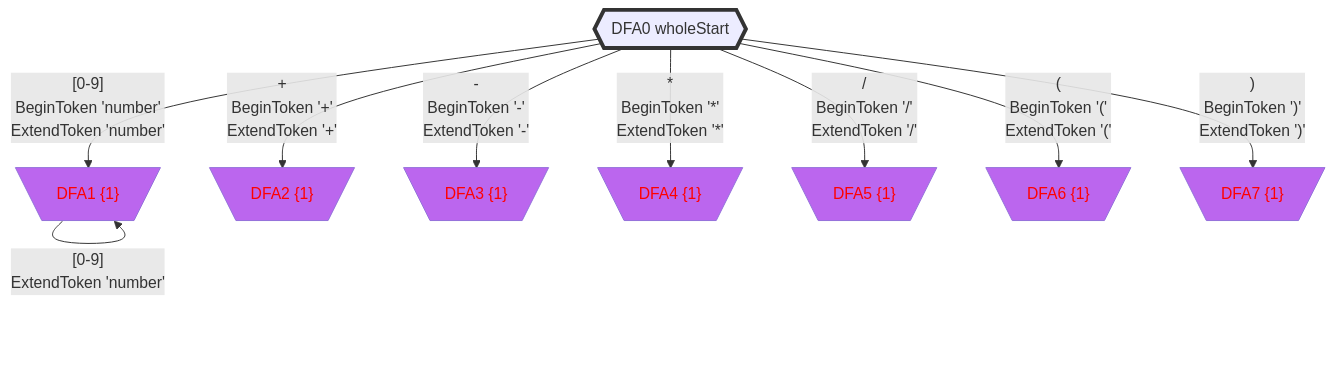
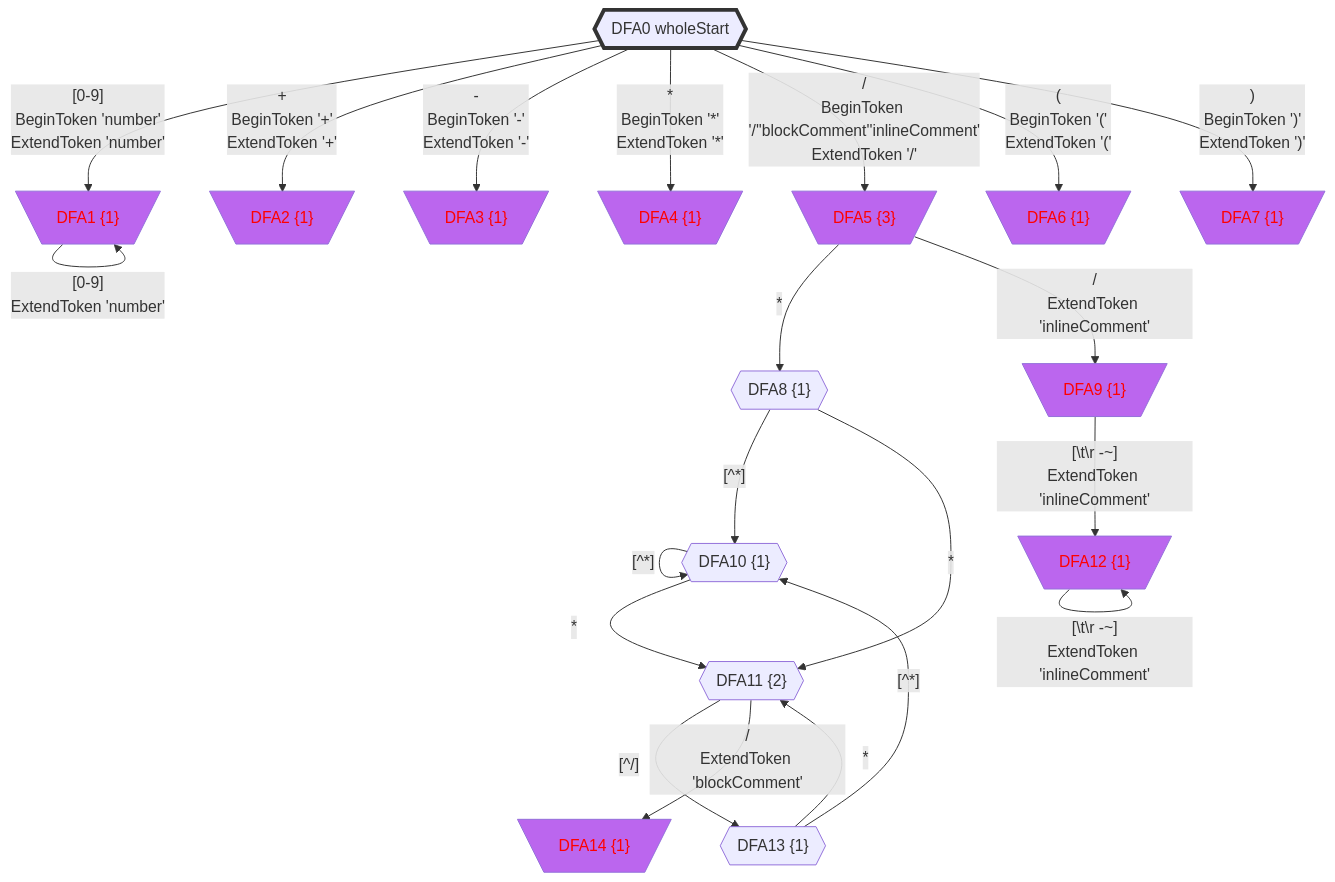
Before and after one commit to bitzhuwei/GrammarMentor: the first of 5 diagrams in Practices/Practice.GeneratedXxxFormat.Test/GeneratedCalc/doc/README-full.gen.md, drawn with Mermaid. The commit also changed other lines of this file and 3868 other files, not shown here.

````diff
--- a/Practices/Practice.GeneratedXxxFormat.Test/GeneratedCalc/doc/README-full.gen.md
+++ b/Practices/Practice.GeneratedXxxFormat.Test/GeneratedCalc/doc/README-full.gen.md
@@ -38,44 +38,70 @@
 classDef c1101 stroke:#333,stroke-width:4px,fill:#BB66EE,color:#FF0000;
 classDef c1110 stroke:#333,stroke-width:4px,fill:#BB66EE,stroke-dasharray: 10 10;
 classDef c1111 stroke:#333,stroke-width:4px,fill:#BB66EE,stroke-dasharray: 10 10,color:#FF0000;
-DFA0_1371898302{{"DFA0 wholeStart"}}
-class DFA0_1371898302 c1000;
-DFA1_736285203[\"DFA1 {1}"/]
-class DFA1_736285203 c0101;
-DFA2_24116860[\"DFA2 {1}"/]
-class DFA2_24116860 c0101;
-DFA3_1215392932[\"DFA3 {1}"/]
-class DFA3_1215392932 c0101;
-DFA4_-740876899[\"DFA4 {1}"/]
-class DFA4_-740876899 c0101;
-DFA5_-2132989191[\"DFA5 {1}"/]
-class DFA5_-2132989191 c0101;
-DFA6_-489194620[\"DFA6 {1}"/]
-class DFA6_-489194620 c0101;
-DFA7_431494236[\"DFA7 {1}"/]
-class DFA7_431494236 c0101;
-DFA0_1371898302 -->|"[0-9]
+DFA0_-466580192{{"DFA0 wholeStart"}}
+class DFA0_-466580192 c1000;
+DFA1_-1093464317[\"DFA1 {1}"/]
+class DFA1_-1093464317 c0101;
+DFA2_946815801[\"DFA2 {1}"/]
+class DFA2_946815801 c0101;
+DFA3_-1934379784[\"DFA3 {1}"/]
+class DFA3_-1934379784 c0101;
+DFA4_344512846[\"DFA4 {1}"/]
+class DFA4_344512846 c0101;
+DFA5_-1207796552[\"DFA5 {3}"/]
+class DFA5_-1207796552 c0101;
+DFA6_-1232478392[\"DFA6 {1}"/]
+class DFA6_-1232478392 c0101;
+DFA7_-1911608150[\"DFA7 {1}"/]
+class DFA7_-1911608150 c0101;
+DFA8_-2126796951{{"DFA8 {1}"}}
+DFA9_1544858617[\"DFA9 {1}"/]
+class DFA9_1544858617 c0101;
+DFA10_1709820913{{"DFA10 {1}"}}
+DFA11_816023626{{"DFA11 {2}"}}
+DFA12_1452258063[\"DFA12 {1}"/]
+class DFA12_1452258063 c0101;
+DFA13_546524016{{"DFA13 {1}"}}
+DFA14_-1224855203[\"DFA14 {1}"/]
+class DFA14_-1224855203 c0101;
+DFA0_-466580192 -->|"[0-9]
 BeginToken 'number'
-ExtendToken 'number'"|DFA1_736285203
-DFA0_1371898302 -->|"+
+ExtendToken 'number'"|DFA1_-1093464317
+DFA0_-466580192 -->|"+
 BeginToken '+'
-ExtendToken '+'"|DFA2_24116860
-DFA0_1371898302 -->|"-
+ExtendToken '+'"|DFA2_946815801
+DFA0_-466580192 -->|"-
 BeginToken '-'
-ExtendToken '-'"|DFA3_1215392932
-DFA0_1371898302 -->|"*
+ExtendToken '-'"|DFA3_-1934379784
+DFA0_-466580192 -->|"*
 BeginToken '*'
-ExtendToken '*'"|DFA4_-740876899
-DFA0_1371898302 -->|"/
-BeginToken '/'
-ExtendToken '/'"|DFA5_-2132989191
-DFA0_1371898302 -->|"(
+ExtendToken '*'"|DFA4_344512846
+DFA0_-466580192 -->|"/
+BeginToken '/''blockComment''inlineComment'
+ExtendToken '/'"|DFA5_-1207796552
+DFA0_-466580192 -->|"(
 BeginToken '('
-ExtendToken '('"|DFA6_-489194620
-DFA0_1371898302 -->|")
+ExtendToken '('"|DFA6_-1232478392
+DFA0_-466580192 -->|")
 BeginToken ')'
-ExtendToken ')'"|DFA7_431494236
-DFA1_736285203 -->|"[0-9]
-ExtendToken 'number'"|DFA1_736285203
+ExtendToken ')'"|DFA7_-1911608150
+DFA1_-1093464317 -->|"[0-9]
+ExtendToken 'number'"|DFA1_-1093464317
+DFA5_-1207796552 -->|"*"|DFA8_-2126796951
+DFA5_-1207796552 -->|"/
+ExtendToken 'inlineComment'"|DFA9_1544858617
+DFA8_-2126796951 -->|"[^*]"|DFA10_1709820913
+DFA8_-2126796951 -->|"*"|DFA11_816023626
+DFA9_1544858617 -->|"[#92;t#92;r#32;-~]
+ExtendToken 'inlineComment'"|DFA12_1452258063
+DFA10_1709820913 -->|"[^*]"|DFA10_1709820913
+DFA10_1709820913 -->|"*"|DFA11_816023626
+DFA11_816023626 -->|"[^/]"|DFA13_546524016
+DFA11_816023626 -->|"/
+ExtendToken 'blockComment'"|DFA14_-1224855203
+DFA12_1452258063 -->|"[#92;t#92;r#32;-~]
+ExtendToken 'inlineComment'"|DFA12_1452258063
+DFA13_546524016 -->|"[^*]"|DFA10_1709820913
+DFA13_546524016 -->|"*"|DFA11_816023626
 
 ```
````
